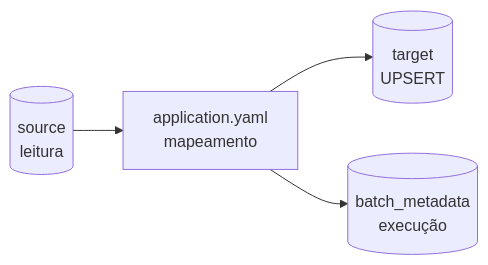
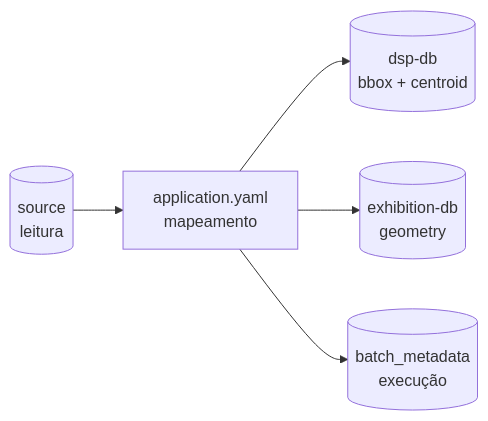
The first of 2 diagrams in docs/getting-started.md (kleber-albino/rer-dsp-docs), drawn with Mermaid before and after one commit. The commit also changed other lines of this file and 11 other files, not shown here.

First line of the commit message:
docs: remove outdated diagram options and update migration/architecture docs for dual-db setup

````diff
--- a/docs/getting-started.md
+++ b/docs/getting-started.md
@@ -151,6 +159,7 @@
 ```mermaid
 flowchart LR
   src[(source<br/>leitura)] --> yaml[application.yaml<br/>mapeamento]
-  yaml --> tgt[(target<br/>UPSERT)]
+  yaml --> tgt[(dsp-db<br/>bbox + centroid)]
+  yaml --> geo[(exhibition-db<br/>geometry)]
   yaml --> batch[(batch_metadata<br/>execução)]
 ```
````
